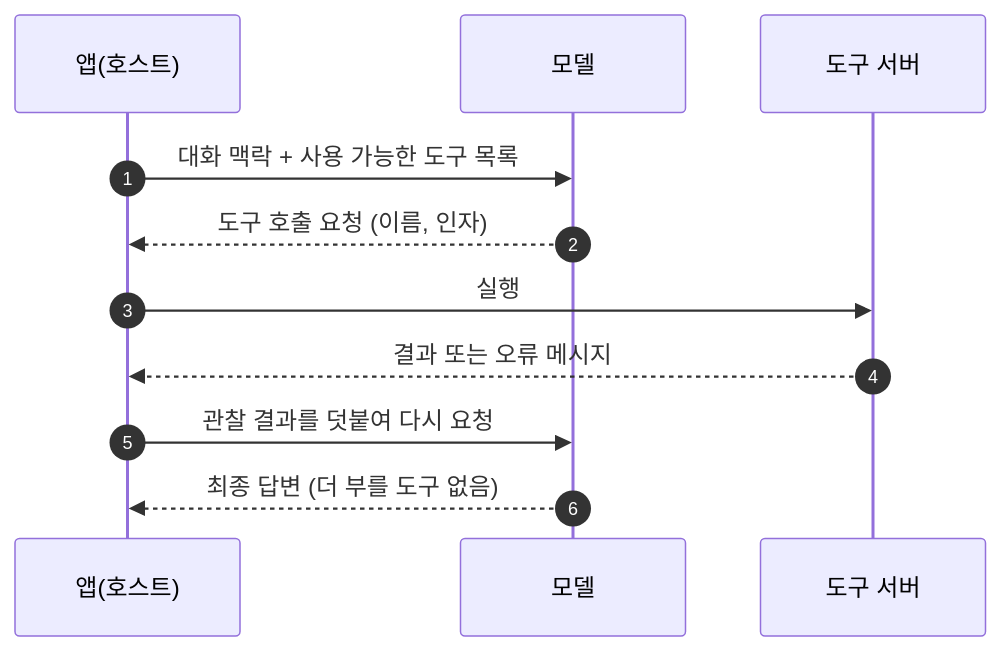
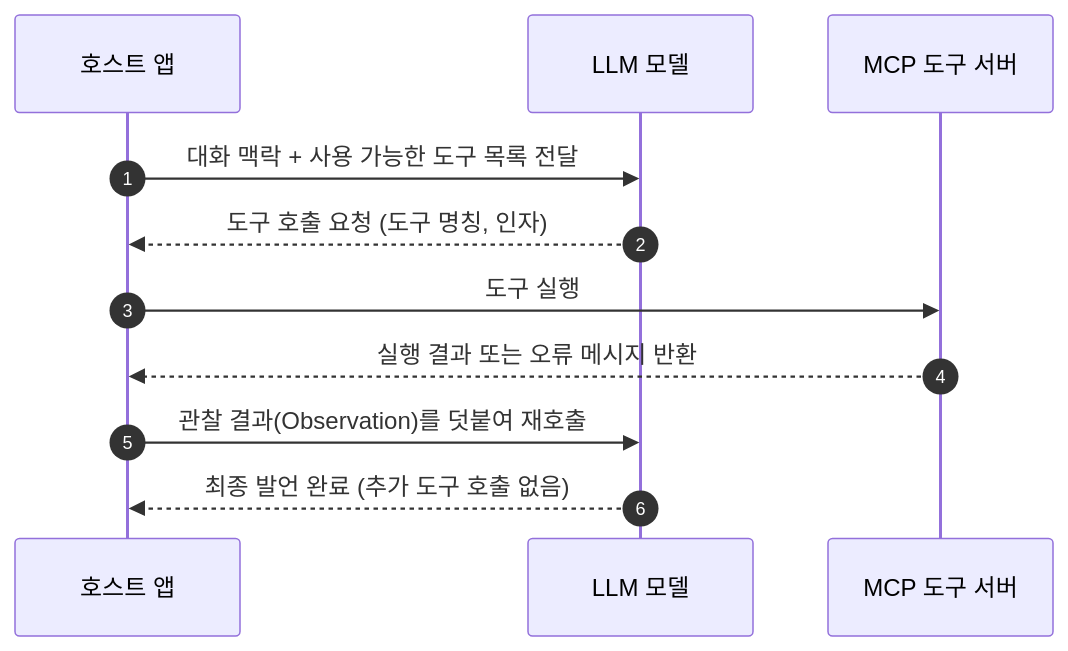
One commit to HaJaehee/MultiAgentDebateAndOrchestrationPlatform changed the third of 3 diagrams in lectures/01-introduction.md. Above: the diagram before and after it, drawn with Mermaid. The commit also changed other lines of this file and 39 other files, not shown here.

````diff
--- a/lectures/01-introduction.md
+++ b/lectures/01-introduction.md
@@ -88,13 +72,13 @@
 ```mermaid
 sequenceDiagram
     autonumber
-    participant App as 앱(호스트)
-    participant LLM as 모델
-    participant Tool as 도구 서버
-    App->>LLM: 대화 맥락 + 사용 가능한 도구 목록
-    LLM-->>App: 도구 호출 요청 (이름, 인자)
-    App->>Tool: 실행
-    Tool-->>App: 결과 또는 오류 메시지
-    App->>LLM: 관찰 결과를 덧붙여 다시 요청
-    LLM-->>App: 최종 답변 (더 부를 도구 없음)
+    participant App as 호스트 앱
+    participant LLM as LLM 모델
+    participant Tool as MCP 도구 서버
+    App->>LLM: 대화 맥락 + 사용 가능한 도구 목록 전달
+    LLM-->>App: 도구 호출 요청 (도구 명칭, 인자)
+    App->>Tool: 도구 실행
+    Tool-->>App: 실행 결과 또는 오류 메시지 반환
+    App->>LLM: 관찰 결과(Observation)를 덧붙여 재호출
+    LLM-->>App: 최종 발언 완료 (추가 도구 호출 없음)
 ```
````
